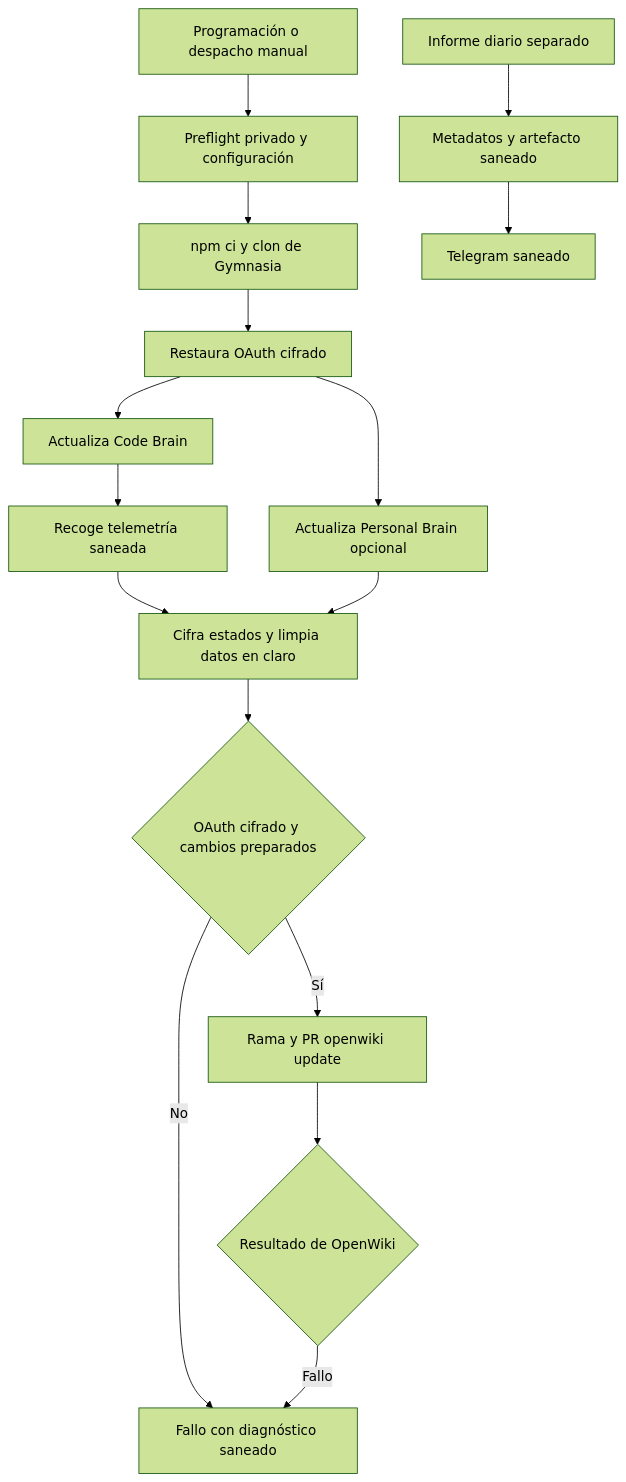
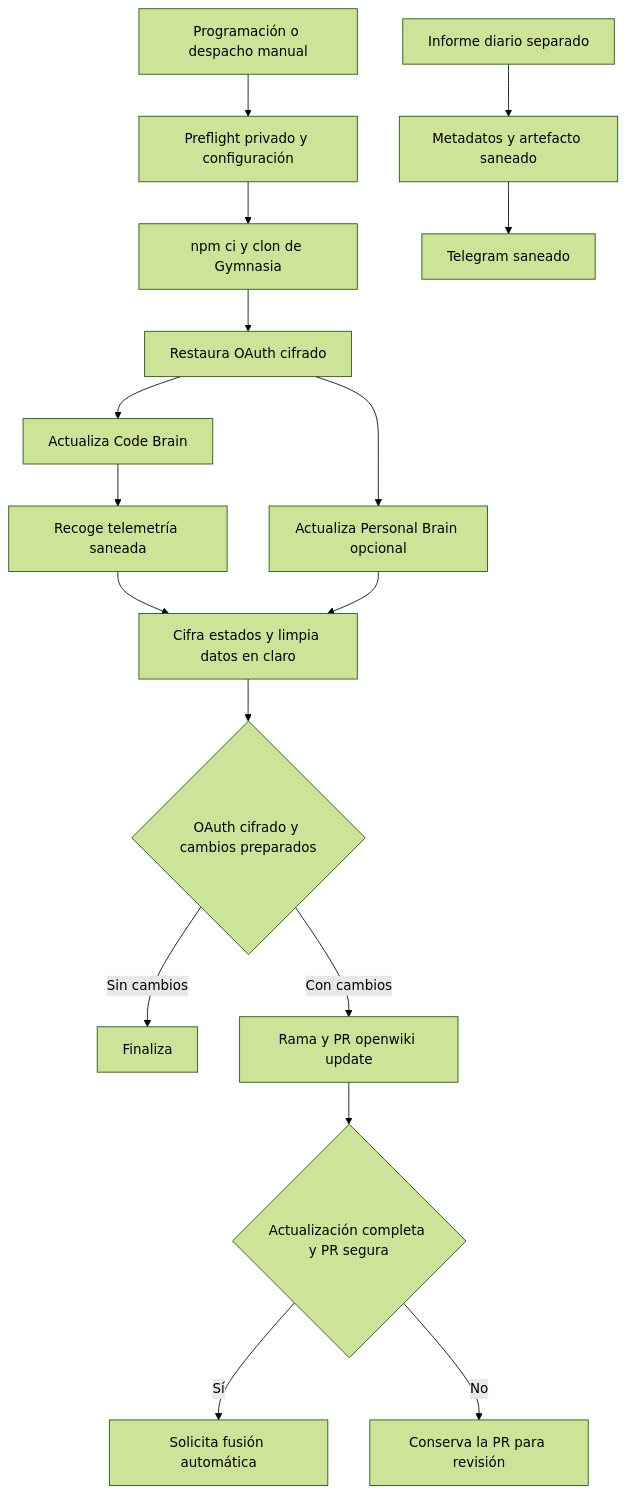
The diagram in openwiki/operations/openwiki-automation.md (maximofn/gymnasia), drawn with Mermaid (forest theme) before and after one commit. The commit also changed other lines of this file and 7 other files, not shown here.

Commit message:
docs: update OpenWiki

````diff
--- a/openwiki/operations/openwiki-automation.md
+++ b/openwiki/operations/openwiki-automation.md
@@ -53,18 +53,19 @@
 ```mermaid
 flowchart TD
     Trigger["Programación o despacho manual"] --> Guard["Preflight privado y configuración"]
     Guard --> Install["npm ci y clon de Gymnasia"]
     Install --> OAuthRestore["Restaura OAuth cifrado"]
     OAuthRestore --> Code["Actualiza Code Brain"]
     OAuthRestore --> Personal["Actualiza Personal Brain opcional"]
     Code --> Telemetry["Recoge telemetría saneada"]
     Telemetry --> Encrypt["Cifra estados y limpia datos en claro"]
     Personal --> Encrypt
     Encrypt --> Publish{"OAuth cifrado y cambios preparados"}
-    Publish -->|"Sí"| PR["Rama y PR openwiki update"]
-    Publish -->|"No"| Failure["Fallo con diagnóstico saneado"]
-    PR --> Result{"Resultado de OpenWiki"}
-    Result -->|"Fallo"| Failure
+    Publish -->|"Sin cambios"| Finish["Finaliza"]
+    Publish -->|"Con cambios"| PR["Rama y PR openwiki update"]
+    PR --> Complete{"Actualización completa y PR segura"}
+    Complete -->|"Sí"| Merge["Solicita fusión automática"]
+    Complete -->|"No"| Partial["Conserva la PR para revisión"]
     Report["Informe diario separado"] --> Metadata["Metadatos y artefacto saneado"]
     Metadata --> Telegram["Telegram saneado"]
 ```
````
